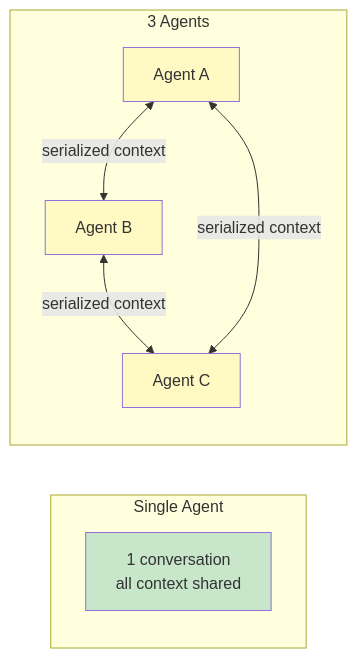
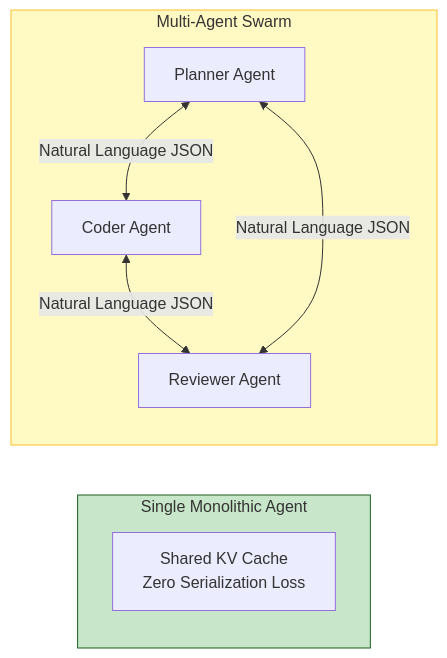
Before and after one commit to yingwang/thinking-in-llm: the fifth of 8 diagrams in en/chapters/11-agents.md, drawn with Mermaid. The commit also changed other lines of this file and 31 other files, not shown here.

````diff
--- a/en/chapters/11-agents.md
+++ b/en/chapters/11-agents.md
@@ -405,16 +311,15 @@
 ```mermaid
 flowchart LR
-    subgraph SingleAgent["Single Agent"]
-        S["1 conversation<br>all context shared"]
-    end
-    subgraph MultiAgent["3 Agents"]
-        A1["Agent A"] <-->|"serialized context"| A2["Agent B"]
-        A2 <-->|"serialized context"| A3["Agent C"]
-        A1 <-->|"serialized context"| A3
+    subgraph SingleAgent["Single Monolithic Agent"]
+        SA["Shared KV Cache<br/>Zero Serialization Loss"]
     end
 
-    style S fill:#c8e6c9
-    style A1 fill:#fff9c4
-    style A2 fill:#fff9c4
-    style A3 fill:#fff9c4
+    subgraph MultiAgent["Multi-Agent Swarm"]
+        MA1["Planner Agent"] <-->|"Natural Language JSON"| MA2["Coder Agent"]
+        MA2 <-->|"Natural Language JSON"| MA3["Reviewer Agent"]
+        MA1 <-->|"Natural Language JSON"| MA3
+    end
+
+    style SingleAgent fill:#c8e6c9,stroke:#1b5e20
+    style MultiAgent fill:#fff9c4,stroke:#fbc02d
 ```
````
